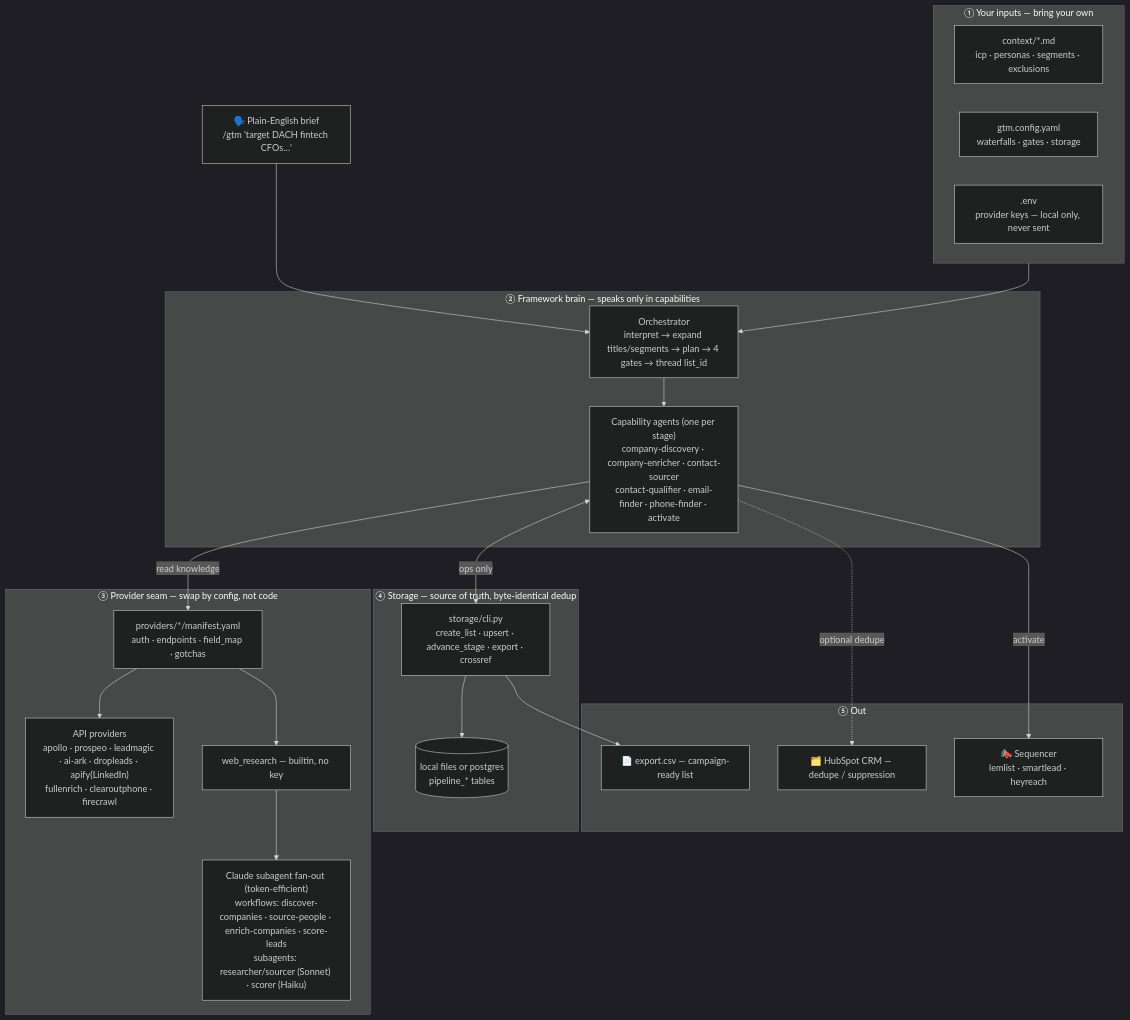
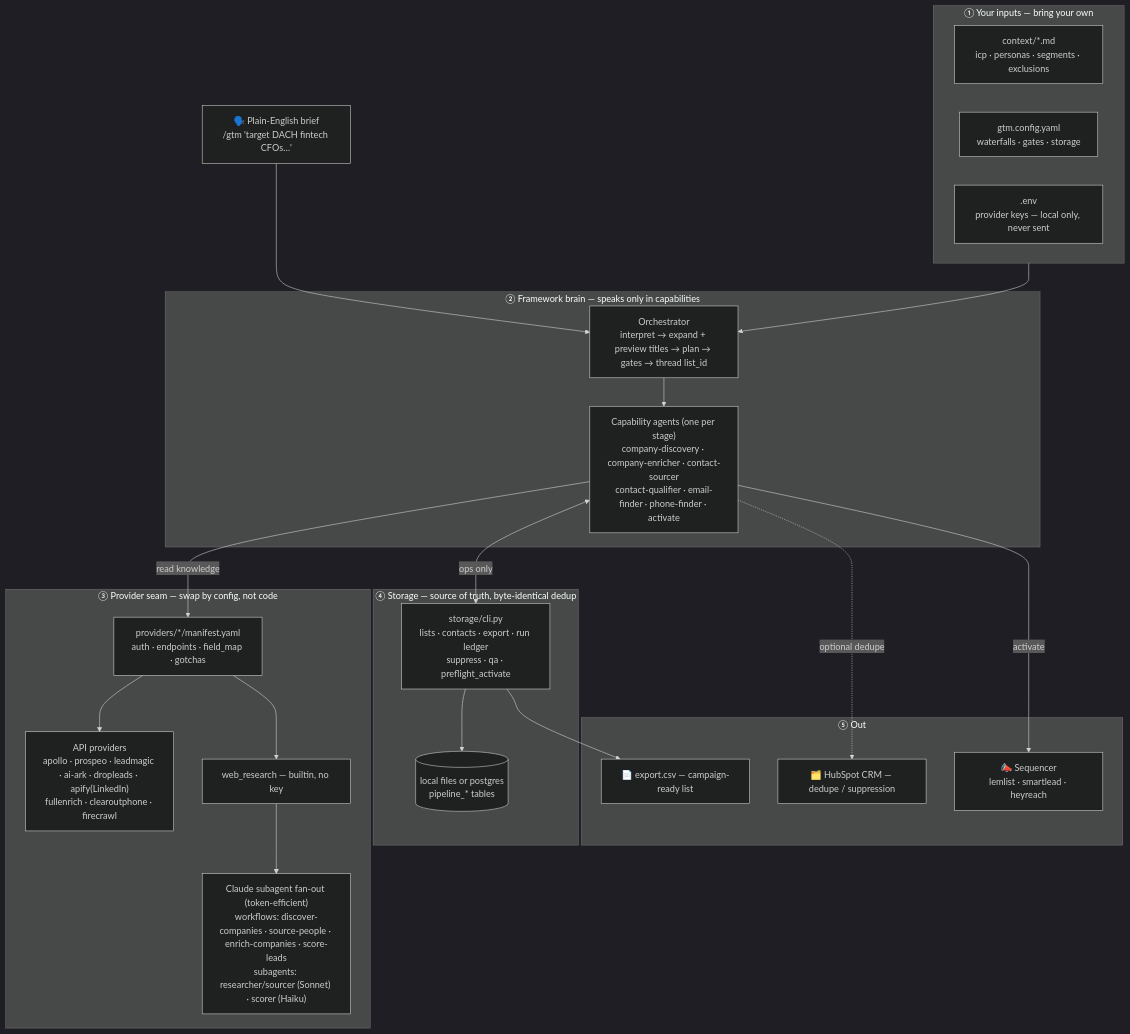
Before and after one commit to kkrlstrm/gtm-pipeline: the diagram in docs/architecture.md, drawn with Mermaid (dark theme). The commit also changed other lines of this file and 51 other files, not shown here.

First line of the commit message:
v2: run integrity — run ledger, do-not-contact, list QA, activation preflight

````diff
--- a/docs/architecture.md
+++ b/docs/architecture.md
@@ -9,45 +9,45 @@
 ```mermaid
 flowchart TD
   brief["🗣️ Plain-English brief<br/>/gtm 'target DACH fintech CFOs…'"]
 
   subgraph IN["① Your inputs — bring your own"]
     ctx["context/*.md<br/>icp · personas · segments · exclusions"]
     cfg["gtm.config.yaml<br/>waterfalls · gates · storage"]
     env[".env<br/>provider keys — local only, never sent"]
   end
 
   subgraph BRAIN["② Framework brain — speaks only in capabilities"]
-    orch["Orchestrator<br/>interpret → expand titles/segments → plan → 4 gates → thread list_id"]
+    orch["Orchestrator<br/>interpret → expand + preview titles → plan → gates → thread list_id"]
     agents["Capability agents (one per stage)<br/>company-discovery · company-enricher · contact-sourcer<br/>contact-qualifier · email-finder · phone-finder · activate"]
     orch --> agents
   end
 
   subgraph SEAM["③ Provider seam — swap by config, not code"]
     man["providers/*/manifest.yaml<br/>auth · endpoints · field_map · gotchas"]
     api["API providers<br/>apollo · prospeo · leadmagic · ai-ark · dropleads · apify(LinkedIn)<br/>fullenrich · clearoutphone · firecrawl"]
     builtin["web_research — builtin, no key"]
     wf["Claude subagent fan-out (token-efficient)<br/>workflows: discover-companies · source-people · enrich-companies · score-leads<br/>subagents: researcher/sourcer (Sonnet) · scorer (Haiku)"]
     man --> api
     man --> builtin --> wf
   end
 
   subgraph TRUTH["④ Storage — source of truth, byte-identical dedup"]
-    cli["storage/cli.py<br/>create_list · upsert · advance_stage · export · crossref"]
+    cli["storage/cli.py<br/>lists · contacts · export · run ledger<br/>suppress · qa · preflight_activate"]
     db[("local files  or  postgres<br/>pipeline_* tables")]
     cli --> db
   end
 
   subgraph OUT["⑤ Out"]
     csv["📄 export.csv — campaign-ready list"]
     seq["📣 Sequencer<br/>lemlist · smartlead · heyreach"]
     crm["🗂️ HubSpot CRM — dedupe / suppression"]
   end
 
   brief --> orch
   IN --> orch
   agents -->|read knowledge| man
   agents <-->|ops only| cli
   agents -. optional dedupe .-> crm
   cli --> csv
   agents -->|activate| seq
 ```
````
